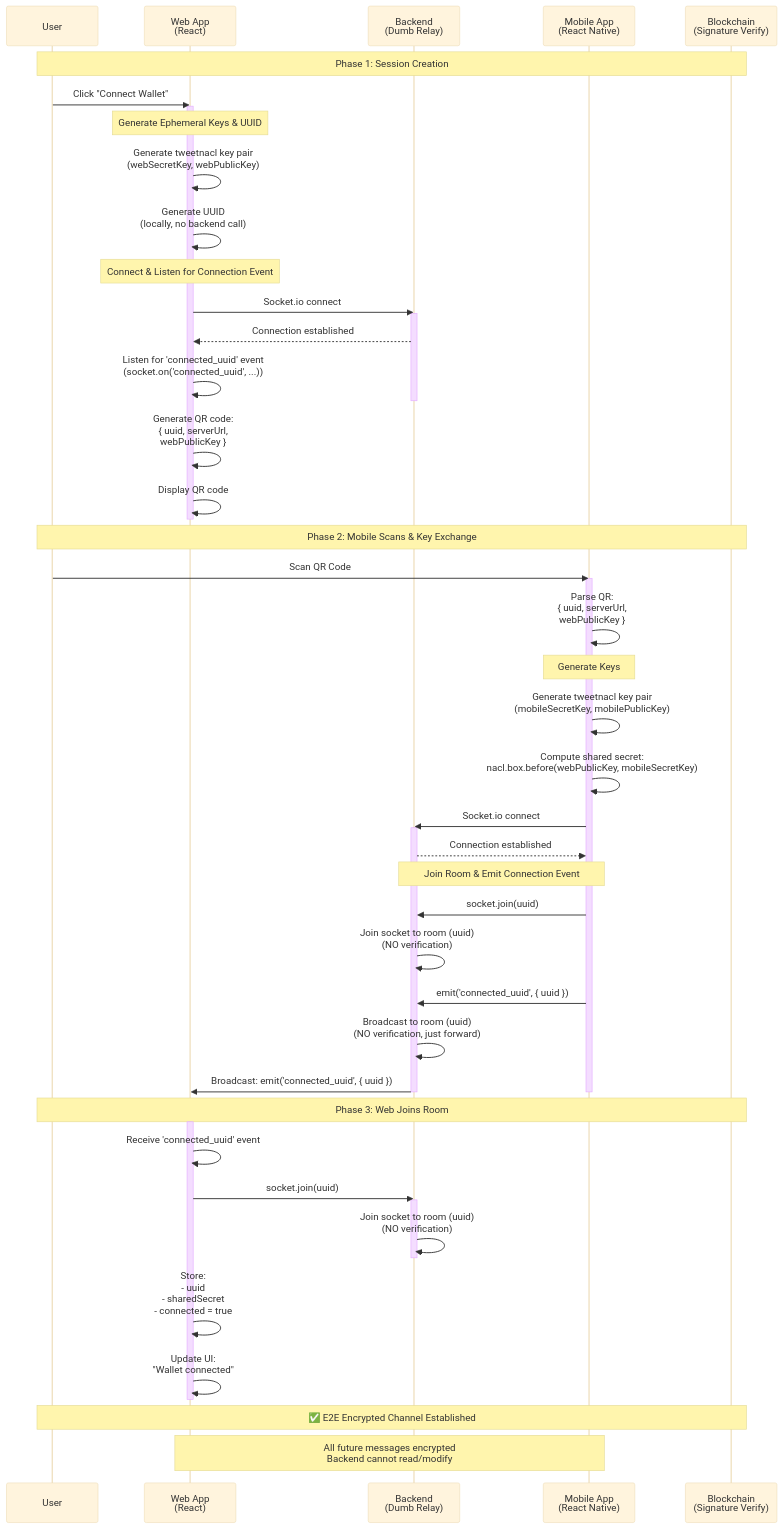
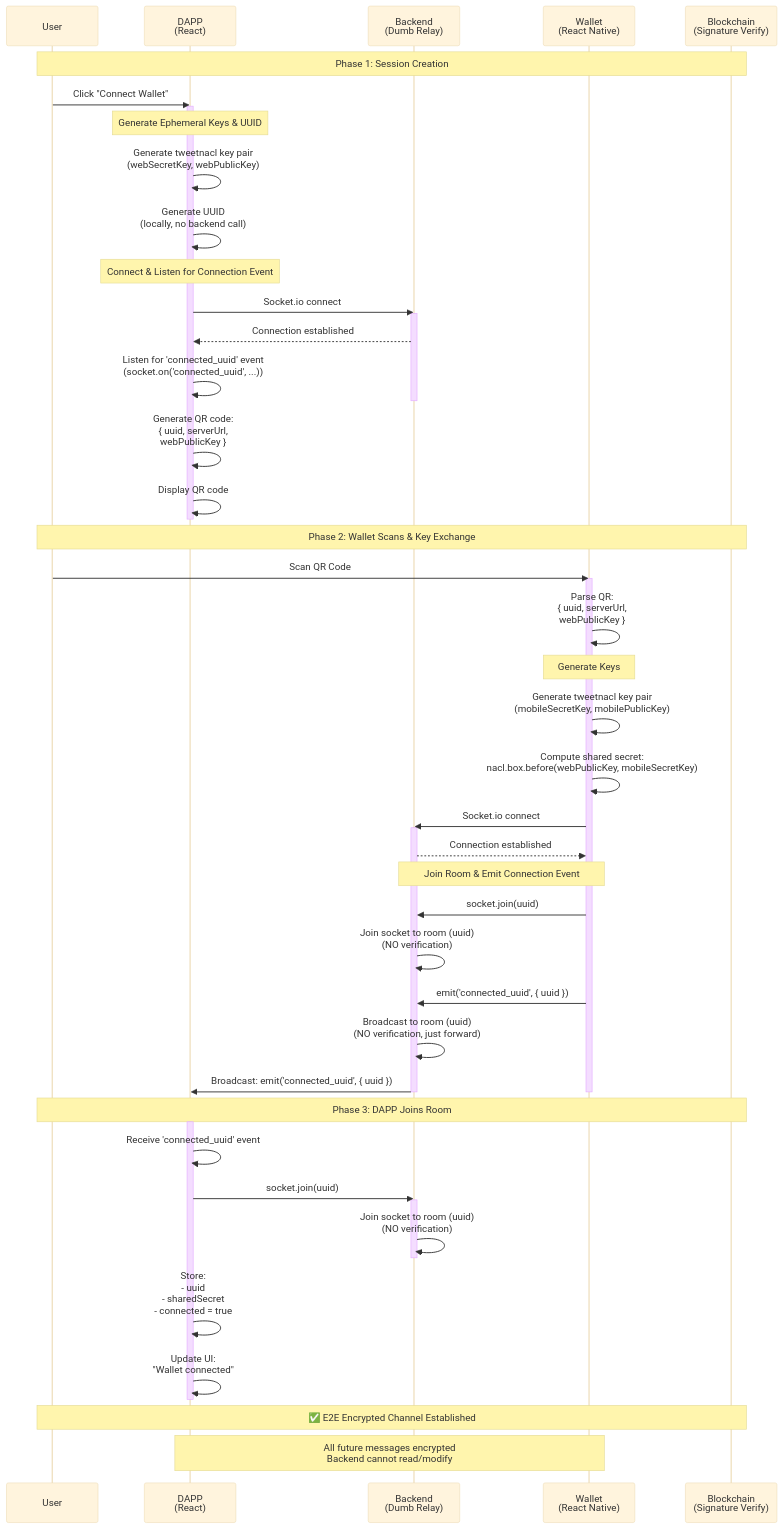
The diagram in flow/SEQUENCE_DIAGRAMS_CONNECTION.md (VictorLuu99/connect-wallet-basic-demo), drawn with Mermaid (base theme) before and after one commit. The commit also changed other lines of this file and 55 other files, not shown here.

````diff
--- a/flow/SEQUENCE_DIAGRAMS_CONNECTION.md
+++ b/flow/SEQUENCE_DIAGRAMS_CONNECTION.md
@@ -23,67 +23,67 @@
 ```mermaid
 sequenceDiagram
     participant User
-    participant Web as Web App<br/>(React)
+    participant Web as DAPP<br/>(React)
     participant Backend as Backend<br/>(Dumb Relay)
-    participant Mobile as Mobile App<br/>(React Native)
+    participant Mobile as Wallet<br/>(React Native)
     participant Blockchain as Blockchain<br/>(Signature Verify)
 
     Note over User,Blockchain: Phase 1: Session Creation
 
     User->>Web: Click "Connect Wallet"
     activate Web
     
     Note over Web: Generate Ephemeral Keys & UUID
     Web->>Web: Generate tweetnacl key pair<br/>(webSecretKey, webPublicKey)
     Web->>Web: Generate UUID<br/>(locally, no backend call)
     
     Note over Web: Connect & Listen for Connection Event
     Web->>Backend: Socket.io connect
     activate Backend
     Backend-->>Web: Connection established
     Web->>Web: Listen for 'connected_uuid' event<br/>(socket.on('connected_uuid', ...))
     deactivate Backend
 
     Web->>Web: Generate QR code:<br/>{ uuid, serverUrl,<br/>  webPublicKey }
     Web->>Web: Display QR code
     deactivate Web
 
-    Note over User,Blockchain: Phase 2: Mobile Scans & Key Exchange
+    Note over User,Blockchain: Phase 2: Wallet Scans & Key Exchange
 
     User->>Mobile: Scan QR Code
     activate Mobile
     Mobile->>Mobile: Parse QR:<br/>{ uuid, serverUrl,<br/>  webPublicKey }
     
     Note over Mobile: Generate Keys
     Mobile->>Mobile: Generate tweetnacl key pair<br/>(mobileSecretKey, mobilePublicKey)
     Mobile->>Mobile: Compute shared secret:<br/>nacl.box.before(webPublicKey, mobileSecretKey)
     
     Mobile->>Backend: Socket.io connect
     activate Backend
     Backend-->>Mobile: Connection established
     
     Note over Mobile,Backend: Join Room & Emit Connection Event
     Mobile->>Backend: socket.join(uuid)
     Backend->>Backend: Join socket to room (uuid)<br/>(NO verification)
     Mobile->>Backend: emit('connected_uuid', { uuid })
     Backend->>Backend: Broadcast to room (uuid)<br/>(NO verification, just forward)
     Backend->>Web: Broadcast: emit('connected_uuid', { uuid })
     deactivate Backend
     deactivate Mobile
 
-    Note over User,Blockchain: Phase 3: Web Joins Room
+    Note over User,Blockchain: Phase 3: DAPP Joins Room
 
     activate Web
     Web->>Web: Receive 'connected_uuid' event
     Web->>Backend: socket.join(uuid)
     activate Backend
     Backend->>Backend: Join socket to room (uuid)<br/>(NO verification)
     deactivate Backend
     Web->>Web: Store:<br/>- uuid<br/>- sharedSecret<br/>- connected = true
     Web->>Web: Update UI:<br/>"Wallet connected"
     deactivate Web
 
     Note over User,Blockchain: ✅ E2E Encrypted Channel Established
 
     Note over Web,Mobile: All future messages encrypted<br/>Backend cannot read/modify
 ```
````
